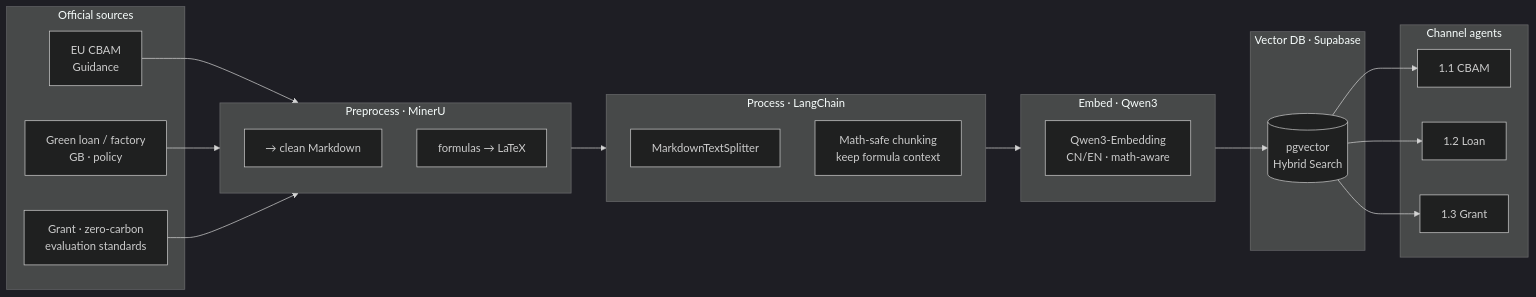
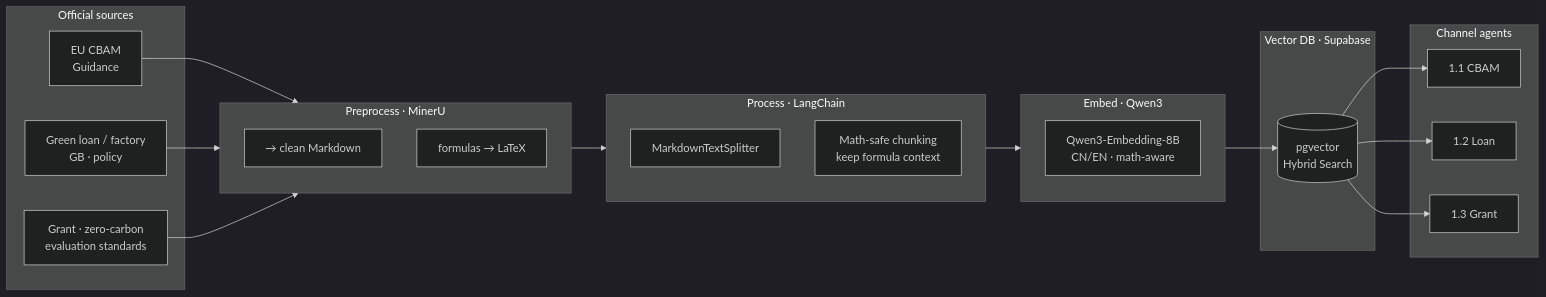
One commit to pennythewise/GreenGru changed the fifth of 10 diagrams in README.en.md. Above: the diagram before and after it, drawn with Mermaid (dark theme). The commit also changed other lines of this file and 82 other files, not shown here.

````diff
--- a/README.en.md
+++ b/README.en.md
@@ -137,34 +137,34 @@
 ```mermaid
 flowchart LR
   subgraph RAW["Official sources"]
     CBAM_DOC["EU CBAM<br/>Guidance"]
     LOAN_DOC["Green loan / factory<br/>GB · policy"]
     GRANT_DOC["Grant · zero-carbon<br/>evaluation standards"]
   end
   subgraph PREP["Preprocess · MinerU"]
     MD["→ clean Markdown"]
     TEX["formulas → LaTeX"]
   end
   subgraph CHUNK["Process · LangChain"]
     SPLIT["MarkdownTextSplitter"]
     MATH["Math-safe chunking<br/>keep formula context"]
   end
   subgraph EMB["Embed · Qwen3"]
-    QE["Qwen3-Embedding<br/>CN/EN · math-aware"]
+    QE["Qwen3-Embedding-8B<br/>CN/EN · math-aware"]
   end
   subgraph STORE["Vector DB · Supabase"]
     VEC[("pgvector<br/>Hybrid Search")]
   end
   subgraph AG["Channel agents"]
     A1["1.1 CBAM"]
     A2["1.2 Loan"]
     A3["1.3 Grant"]
   end
   CBAM_DOC --> PREP
   LOAN_DOC --> PREP
   GRANT_DOC --> PREP
   PREP --> CHUNK --> EMB --> VEC
   VEC --> A1
   VEC --> A2
   VEC --> A3
 ```
````
